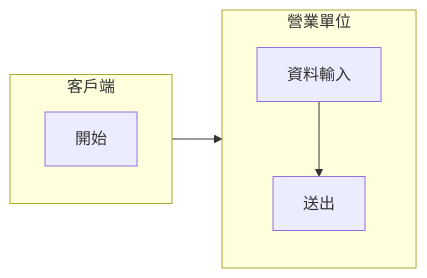
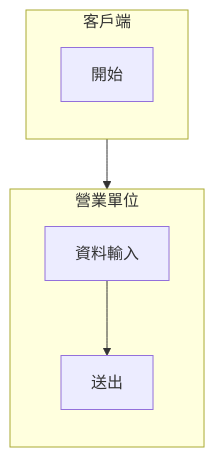
Before and after one commit to Jeanna1112/test: the diagram in README.md, drawn with Mermaid.

Commit message:
Update flowchart direction in README.md
Change flowchart direction from LR to TD.

````diff
--- a/README.md
+++ b/README.md
@@ -2,16 +2,16 @@
 ```mermaid
-flowchart LR
+flowchart TD
 
 subgraph 客戶端
   direction TB
   A[開始]
 end
 
 subgraph 營業單位
   direction TB
   B[資料輸入]
   C[送出]
 end
 
 A --> B --> C
 ```
````
